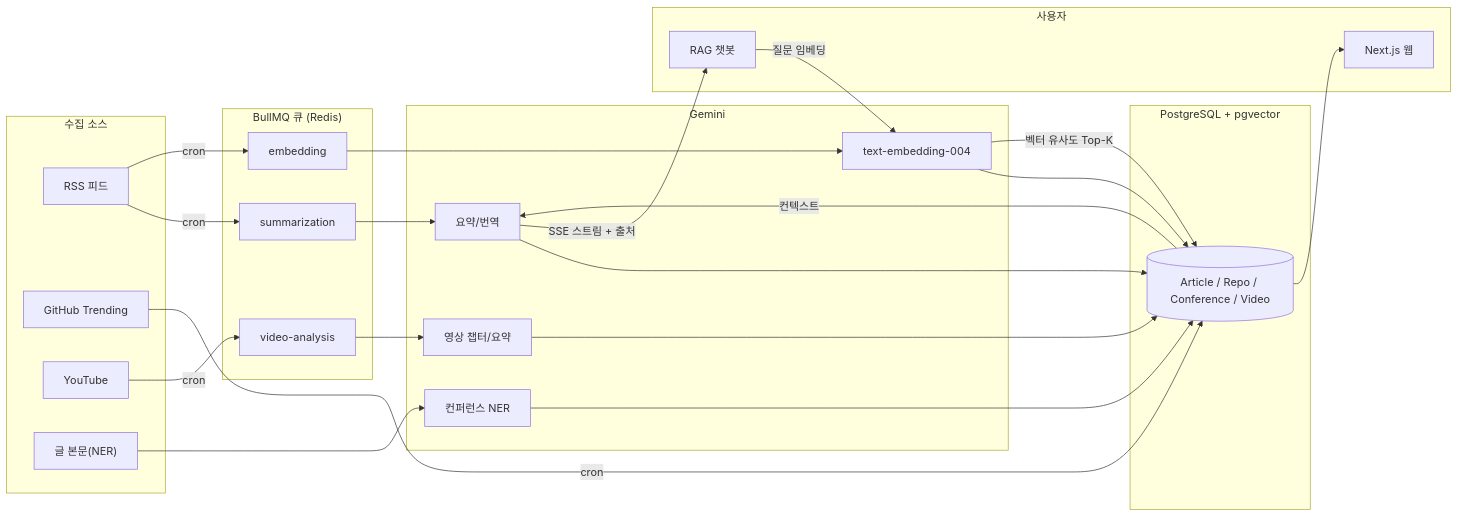
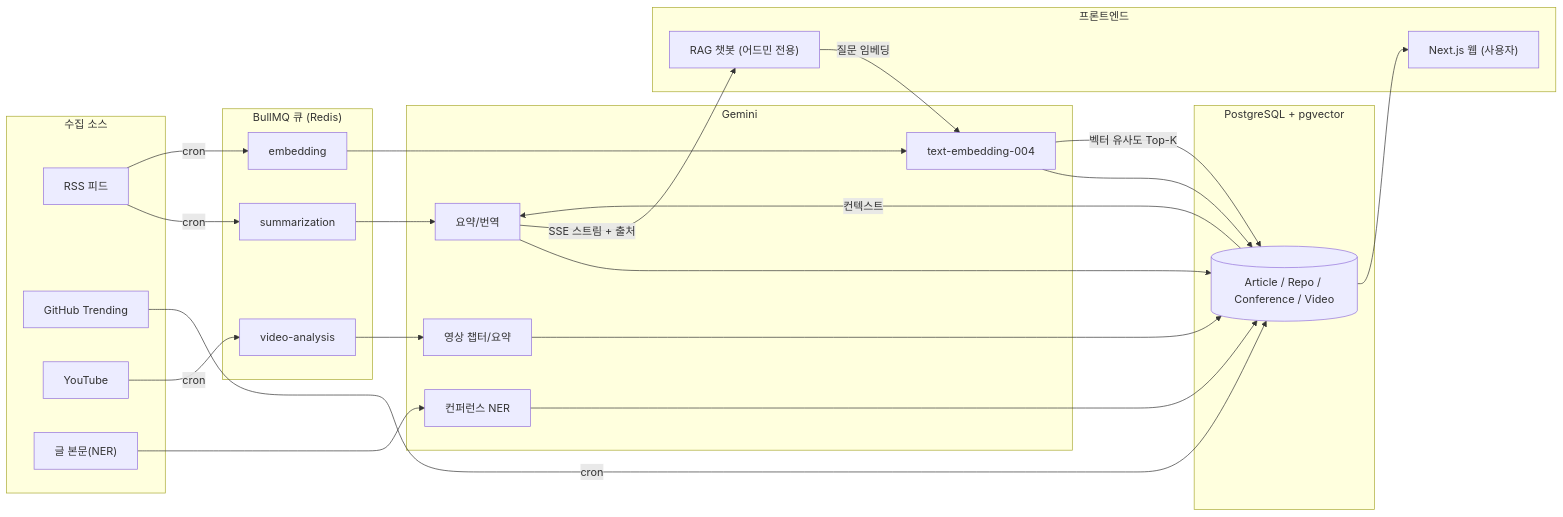
Before and after one commit to wooinwoo/devbrief: the diagram in README.md, drawn with Mermaid. The commit also changed other lines of this file, not shown here.

First line of the commit message:
docs: 챗봇 어드민 전용 사실 반영해 README 과장 톤다운

````diff
--- a/README.md
+++ b/README.md
@@ -61,44 +63,44 @@
 ```mermaid
 flowchart LR
   subgraph Sources["수집 소스"]
     RSS["RSS 피드"]
     GH["GitHub Trending"]
     YT["YouTube"]
     ART["글 본문(NER)"]
   end
 
   subgraph Queue["BullMQ 큐 (Redis)"]
     Q1["summarization"]
     Q2["embedding"]
     Q3["video-analysis"]
   end
 
   subgraph AI["Gemini"]
     SUM["요약/번역"]
     EMB["text-embedding-004"]
     NER["컨퍼런스 NER"]
     VID["영상 챕터/요약"]
   end
 
   subgraph DB["PostgreSQL + pgvector"]
     PG[("Article / Repo / Conference / Video")]
   end
 
   RSS -->|cron| Q1 & Q2
   GH -->|cron| PG
   ART --> NER --> PG
   YT -->|cron| Q3 --> VID --> PG
   Q1 --> SUM --> PG
   Q2 --> EMB --> PG
 
-  subgraph App["사용자"]
-    WEB["Next.js 웹"]
-    CHAT["RAG 챗봇"]
+  subgraph App["프론트엔드"]
+    WEB["Next.js 웹 (사용자)"]
+    CHAT["RAG 챗봇 (어드민 전용)"]
   end
 
   PG --> WEB
   CHAT -->|질문 임베딩| EMB
   EMB -->|벡터 유사도 Top-K| PG
   PG -->|컨텍스트| SUM
   SUM -->|SSE 스트림 + 출처| CHAT
 ```
````
